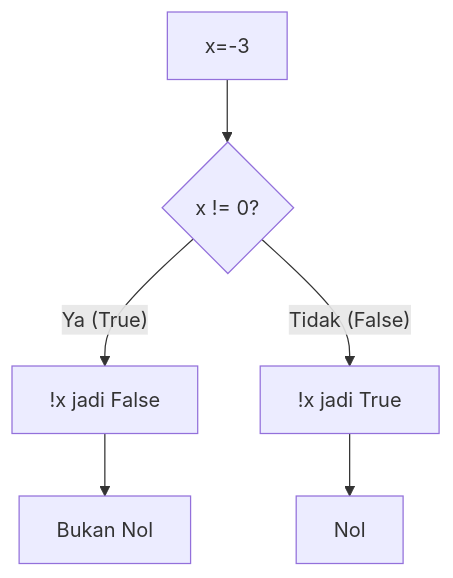
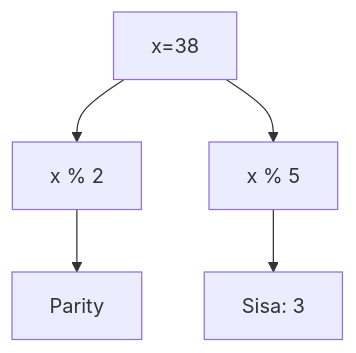
Diagram 17 of 25 in part-c-pemahaman-cpp/02-percabangan/latihan/set-05.md (amnahwaida/OSNK_INF_PREP), drawn with Mermaid before and after one commit. The commit also changed other lines of this file and 71 other files, not shown here.

````diff
--- a/part-c-pemahaman-cpp/02-percabangan/latihan/set-05.md
+++ b/part-c-pemahaman-cpp/02-percabangan/latihan/set-05.md
@@ -466,8 +503,7 @@
 ```mermaid
 graph TD
-    A[x=-3] --> B{x != 0?}
-    B -- Ya (True) --> C["!x jadi False"]
-    B -- Tidak (False) --> D["!x jadi True"]
-    C --> E[Bukan Nol]
-    D --> F[Nol]
+A[x=38] --> B[x % 2]
+B --> C[Parity]
+A --> D[x % 5]
+D --> E[Sisa: 3]
 ```
````
